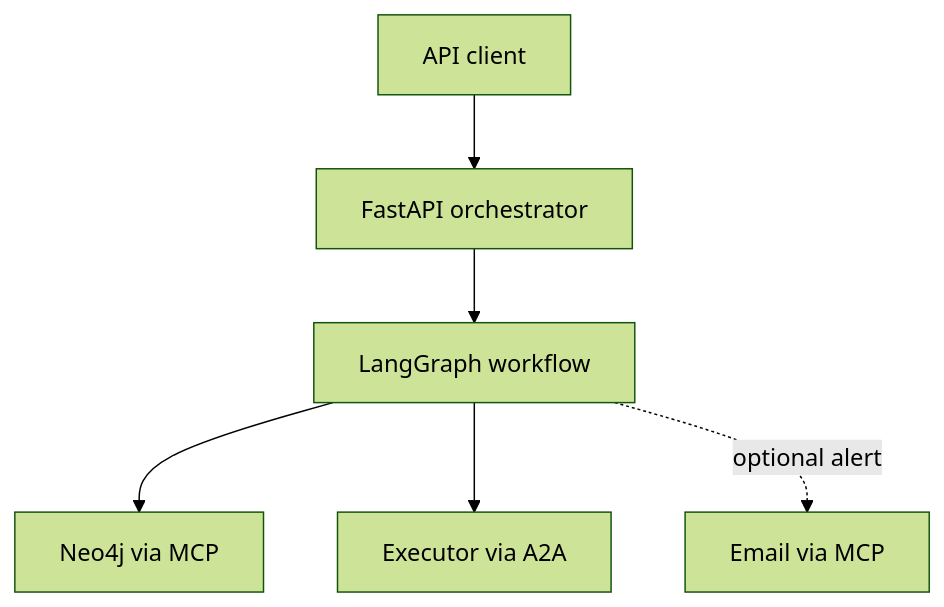
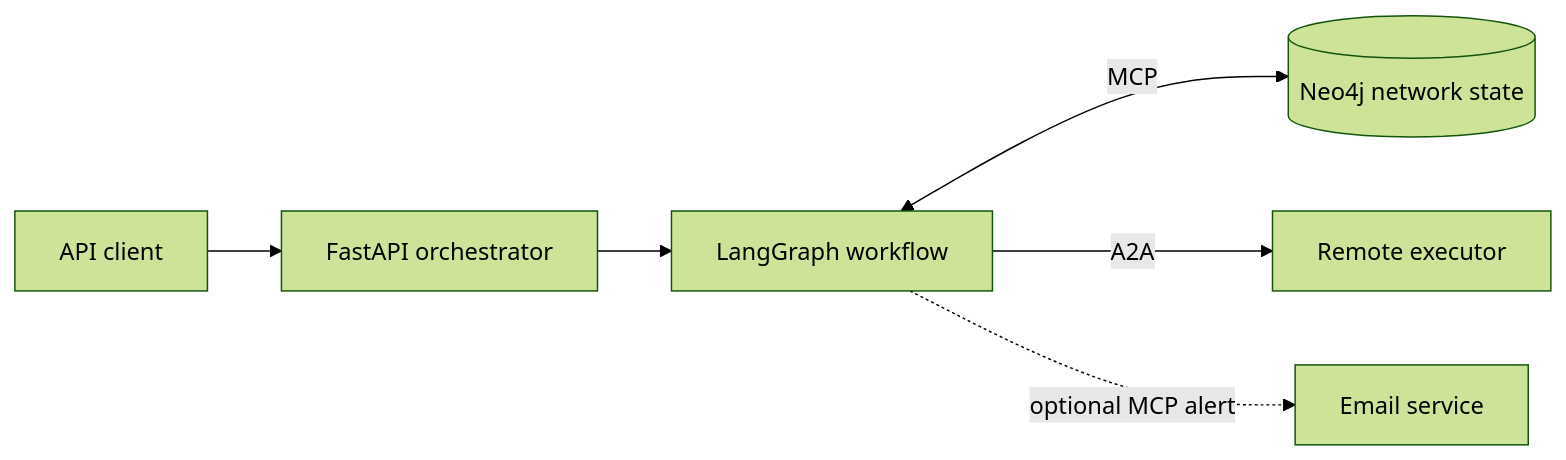
The first of 2 diagrams in README.md (HTauX/llm-agent-qos-orchestrator), drawn with Mermaid (forest theme) before and after one commit. The commit also changed other lines of this file, not shown here.

````diff
--- a/README.md
+++ b/README.md
@@ -25,8 +41,8 @@
 ```mermaid
-flowchart TD
+flowchart LR
     Client["API client"] --> API["FastAPI orchestrator"]
     API --> Graph["LangGraph workflow"]
-    Graph --> Neo4j["Neo4j via MCP"]
-    Graph --> Executor["Executor via A2A"]
-    Graph -. optional alert .-> Email["Email via MCP"]
+    Graph <-->|MCP| Neo4j[("Neo4j network state")]
+    Graph -->|A2A| Executor["Remote executor"]
+    Graph -. "optional MCP alert" .-> Email["Email service"]
 ```
````
